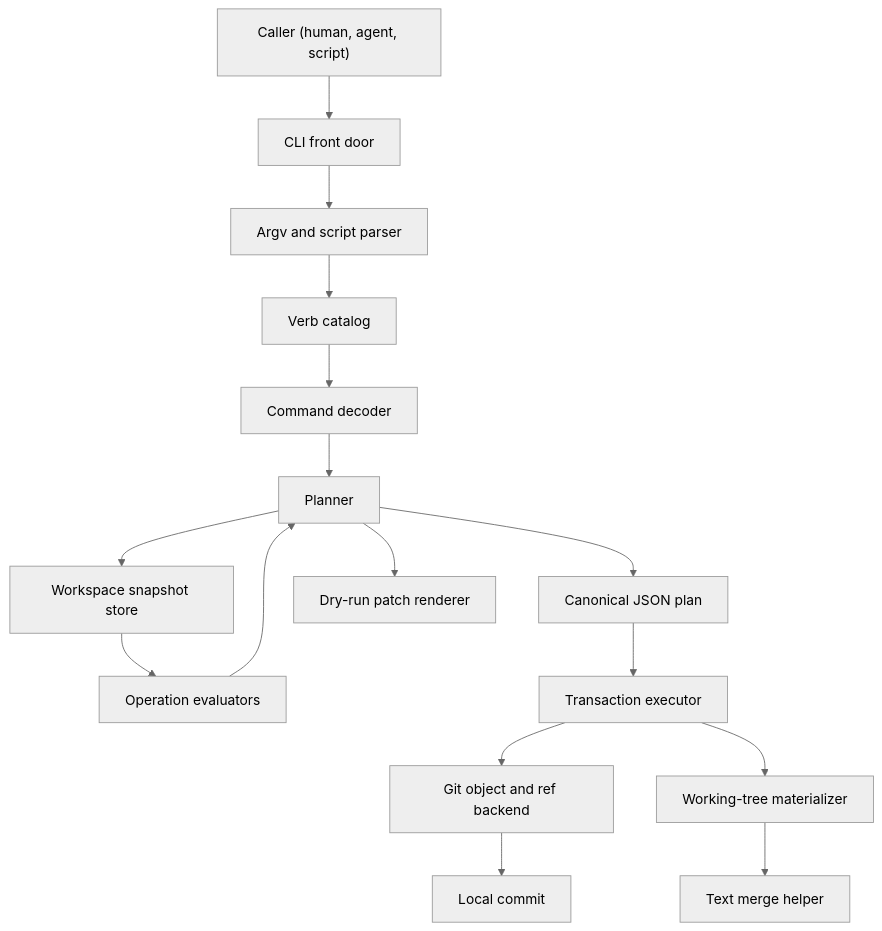
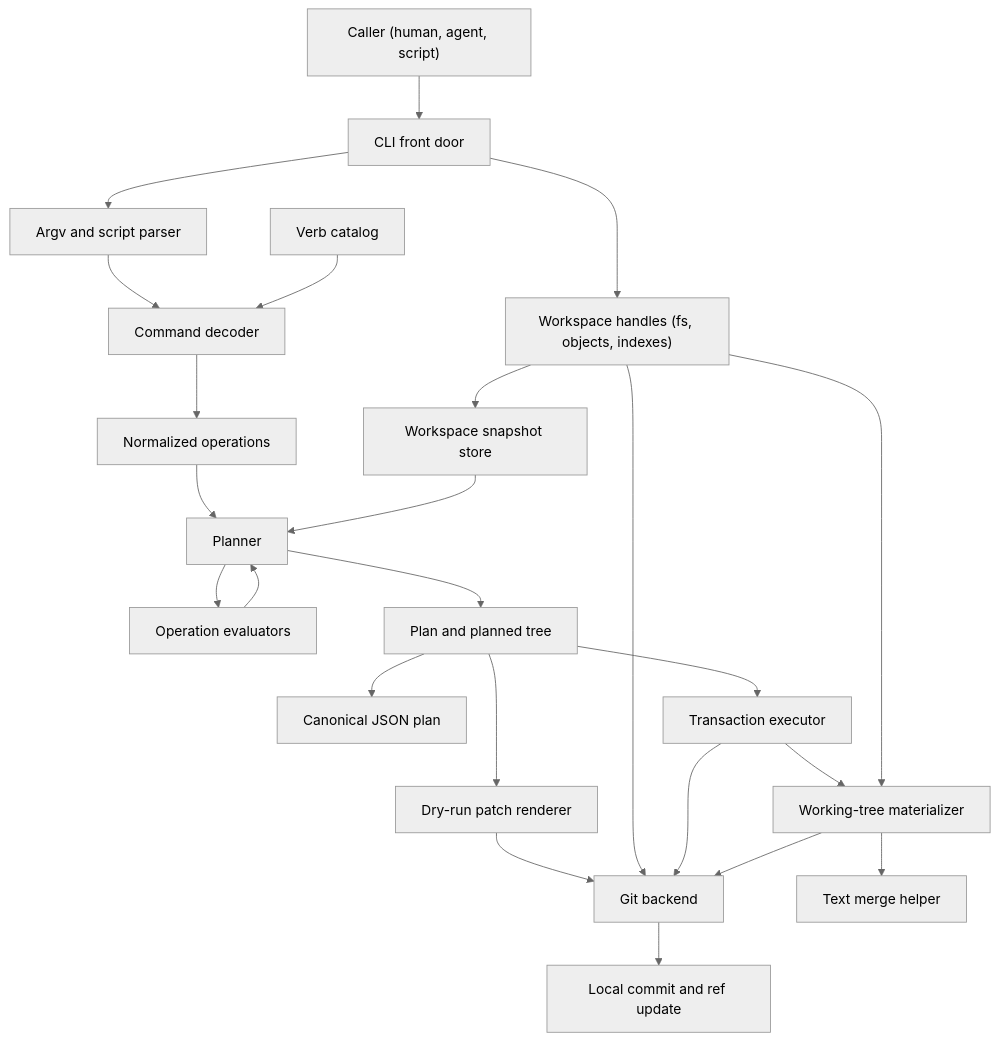
One commit to brandonbloom/etch changed the diagram in spec.md. Above: the diagram before and after it, drawn with Mermaid (neutral theme). The commit also changed other lines of this file, not shown here.

Commit message:
Refine spec for workspace handles and implementation sequence

````diff
--- a/spec.md
+++ b/spec.md
@@ -648,18 +648,26 @@
 ```mermaid
 flowchart TD
   Caller["Caller (human, agent, script)"] --> CLI["CLI front door"]
   CLI --> Parser["Argv and script parser"]
-  Parser --> Catalog["Verb catalog"]
-  Catalog --> Normalizer["Command decoder"]
-  Normalizer --> Planner["Planner"]
-  Planner --> Store["Workspace snapshot store"]
-  Store --> Evaluators["Operation evaluators"]
+  CLI --> Handles["Workspace handles (fs, objects, indexes)"]
+  Parser --> Decoder["Command decoder"]
+  Catalog["Verb catalog"] --> Decoder
+  Decoder --> Ops["Normalized operations"]
+  Handles --> Store["Workspace snapshot store"]
+  Ops --> Planner["Planner"]
+  Store --> Planner
+  Planner --> Evaluators["Operation evaluators"]
   Evaluators --> Planner
-  Planner --> JSONPlan["Canonical JSON plan"]
-  Planner --> Patch["Dry-run patch renderer"]
-  JSONPlan --> Executor["Transaction executor"]
-  Executor --> GitBackend["Git object and ref backend"]
-  GitBackend --> Commit["Local commit"]
+  Planner --> Plan["Plan and planned tree"]
+  Plan --> JSONPlan["Canonical JSON plan"]
+  Plan --> Patch["Dry-run patch renderer"]
+  Patch --> GitBackend["Git backend"]
+  Plan --> Executor["Transaction executor"]
+  Handles --> GitBackend
+  Executor --> GitBackend
+  GitBackend --> Commit["Local commit and ref update"]
   Executor --> Materializer["Working-tree materializer"]
+  Handles --> Materializer
+  Materializer --> GitBackend
   Materializer --> Merge["Text merge helper"]
 ```
````
